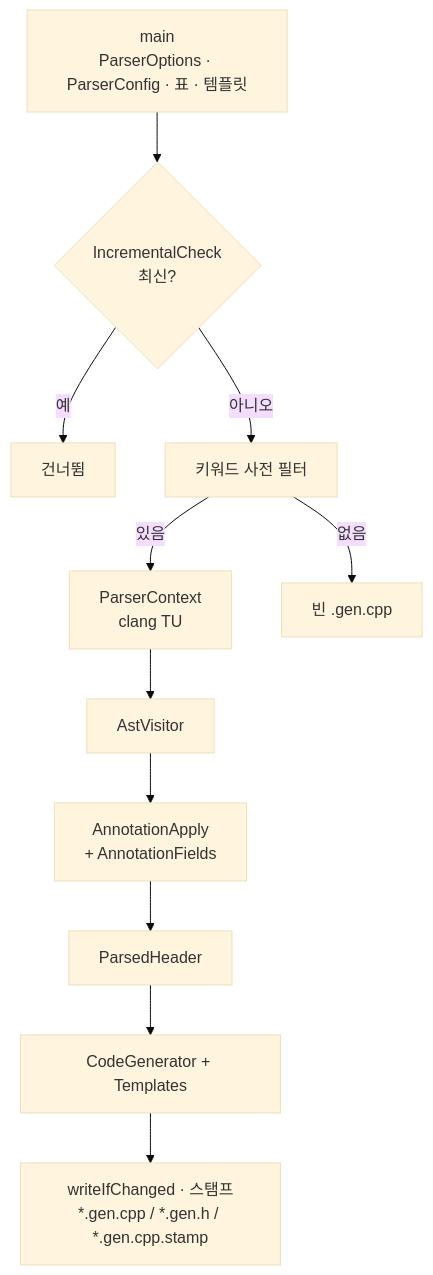
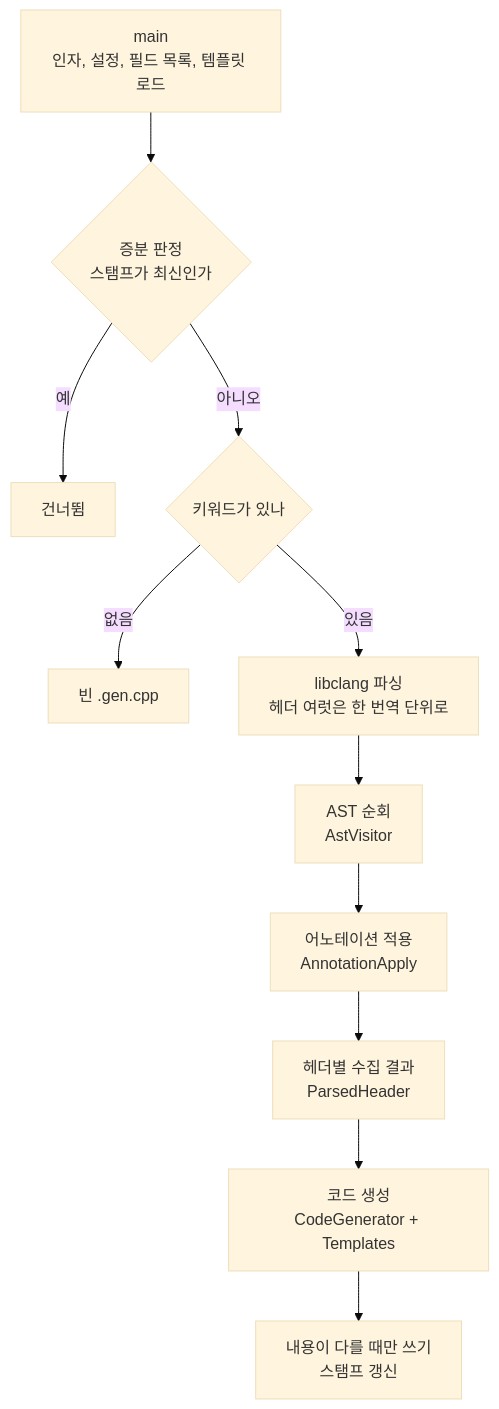
The diagram in Tools/ReflectionParser/README.md (sswgame/LearningTemplate), drawn with Mermaid (base theme) before and after one commit. The commit also changed other lines of this file and 1 other file, not shown here.

````diff
--- a/Tools/ReflectionParser/README.md
+++ b/Tools/ReflectionParser/README.md
@@ -93,13 +18,13 @@
 ```mermaid
 flowchart TD
-  CLI["main<br/>ParserOptions · ParserConfig · 표 · 템플릿"] --> Fresh{IncrementalCheck<br/>최신?}
+  CLI["main<br/>인자, 설정, 필드 목록, 템플릿 로드"] --> Fresh{"증분 판정<br/>스탬프가 최신인가"}
   Fresh -->|예| Skip[건너뜀]
-  Fresh -->|아니오| Scan[키워드 사전 필터]
-  Scan -->|있음| Clang[ParserContext<br/>clang TU]
-  Scan -->|없음| Empty[빈 .gen.cpp]
-  Clang --> Visit[AstVisitor]
-  Visit --> Apply[AnnotationApply<br/>+ AnnotationFields]
-  Apply --> DTO[ParsedHeader]
-  DTO --> Emit[CodeGenerator + Templates]
-  Emit --> Write["writeIfChanged · 스탬프<br/>*.gen.cpp / *.gen.h / *.gen.cpp.stamp"]
+  Fresh -->|아니오| Scan{"키워드가 있나"}
+  Scan -->|없음| Empty["빈 .gen.cpp"]
+  Scan -->|있음| Clang["libclang 파싱<br/>헤더 여럿은 한 번역 단위로"]
+  Clang --> Visit["AST 순회<br/>AstVisitor"]
+  Visit --> Apply["어노테이션 적용<br/>AnnotationApply"]
+  Apply --> DTO["헤더별 수집 결과<br/>ParsedHeader"]
+  DTO --> Emit["코드 생성<br/>CodeGenerator + Templates"]
+  Emit --> Write["내용이 다를 때만 쓰기<br/>스탬프 갱신"]
 ```
````
